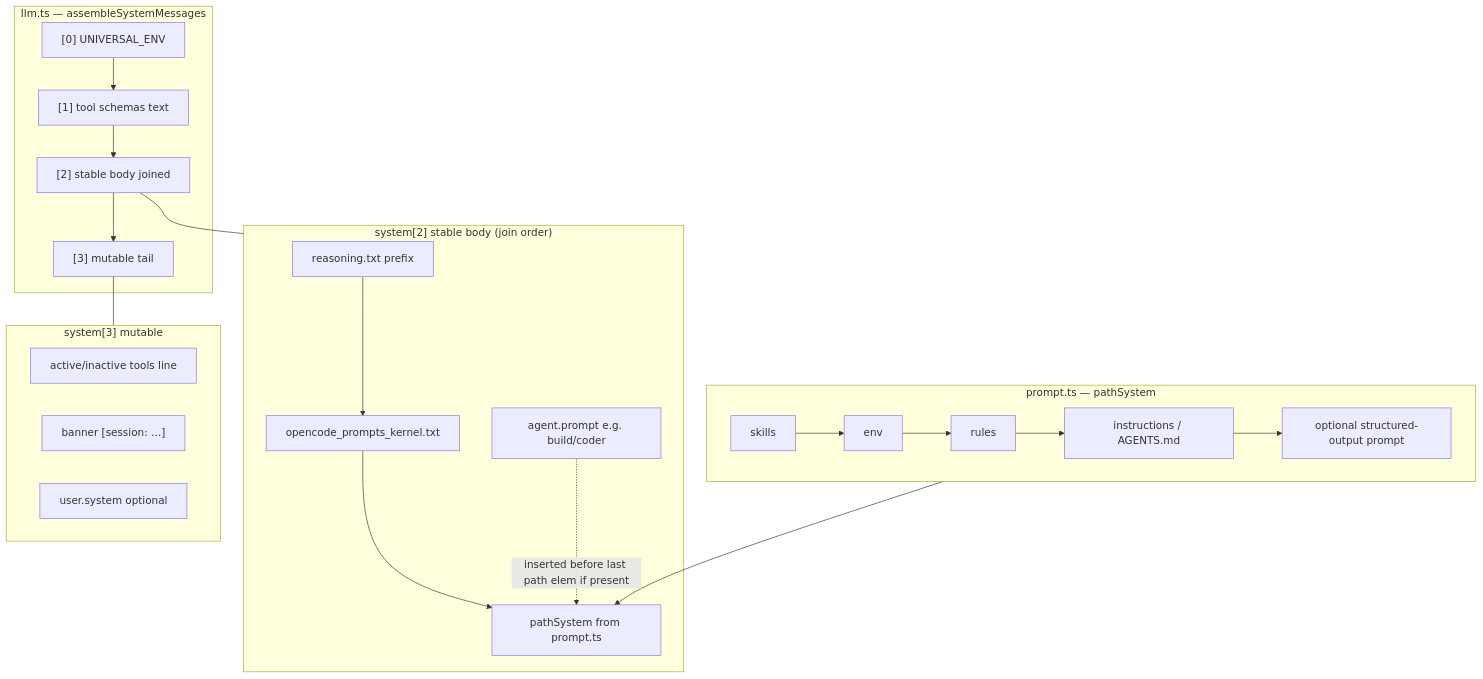
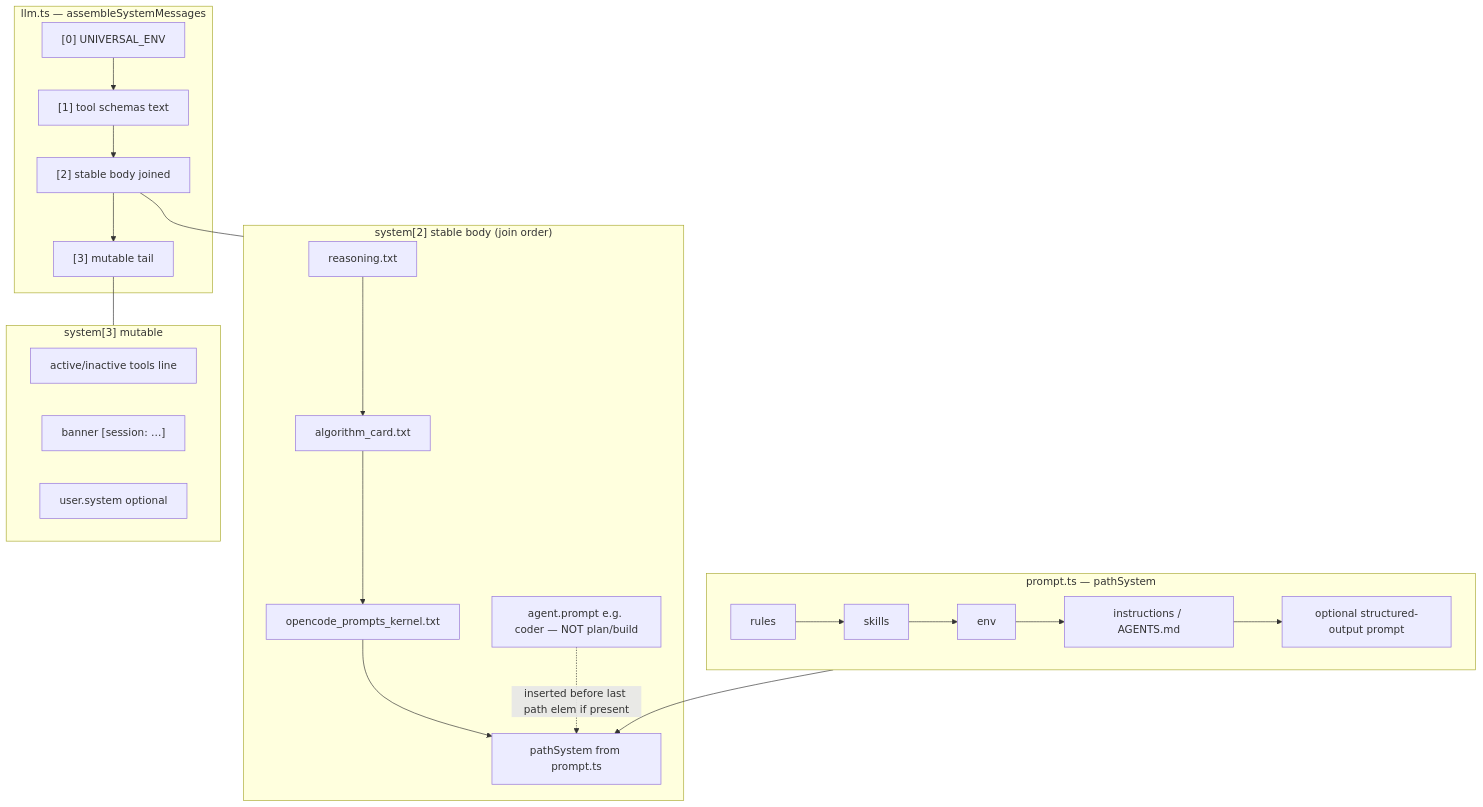
One commit to AlHeloween/opencode changed the first of 4 diagrams in docs/system-prompt-order.md. Above: the diagram before and after it, drawn with Mermaid. The commit also changed other lines of this file and 16 other files, not shown here.

First line of the commit message:
feat: pocket prompt stack — ALGORITHM_CARD, lean reasoning, thin UNIVERSAL_ENV

````diff
--- a/docs/system-prompt-order.md
+++ b/docs/system-prompt-order.md
@@ -15,38 +15,39 @@
 ```mermaid
 flowchart TB
   subgraph prompt_ts["prompt.ts — pathSystem"]
+    RU[rules]
     SK[skills]
     EN[env]
-    RU[rules]
     IN[instructions / AGENTS.md]
     SO[optional structured-output prompt]
-    SK --> EN --> RU --> IN --> SO
+    RU --> SK --> EN --> IN --> SO
   end
 
   subgraph llm_ts["llm.ts — assembleSystemMessages"]
     UE["[0] UNIVERSAL_ENV"]
     TS["[1] tool schemas text"]
     SB["[2] stable body joined"]
     MT["[3] mutable tail"]
     UE --> TS --> SB --> MT
   end
 
   subgraph stable_body["system[2] stable body (join order)"]
-    R[reasoning.txt prefix]
+    R[reasoning.txt]
+    AC[algorithm_card.txt]
     K[opencode_prompts_kernel.txt]
     P[pathSystem from prompt.ts]
-    A[agent.prompt e.g. build/coder]
-    R --> K --> P
+    A[agent.prompt e.g. coder — NOT plan/build]
+    R --> AC --> K --> P
     A -.->|inserted before last path elem if present| P
   end
 
   subgraph mutable["system[3] mutable"]
     AT[active/inactive tools line]
     BN["banner [session: …]"]
     US[user.system optional]
   end
 
   prompt_ts --> P
   SB --- stable_body
   MT --- mutable
 ```
````
